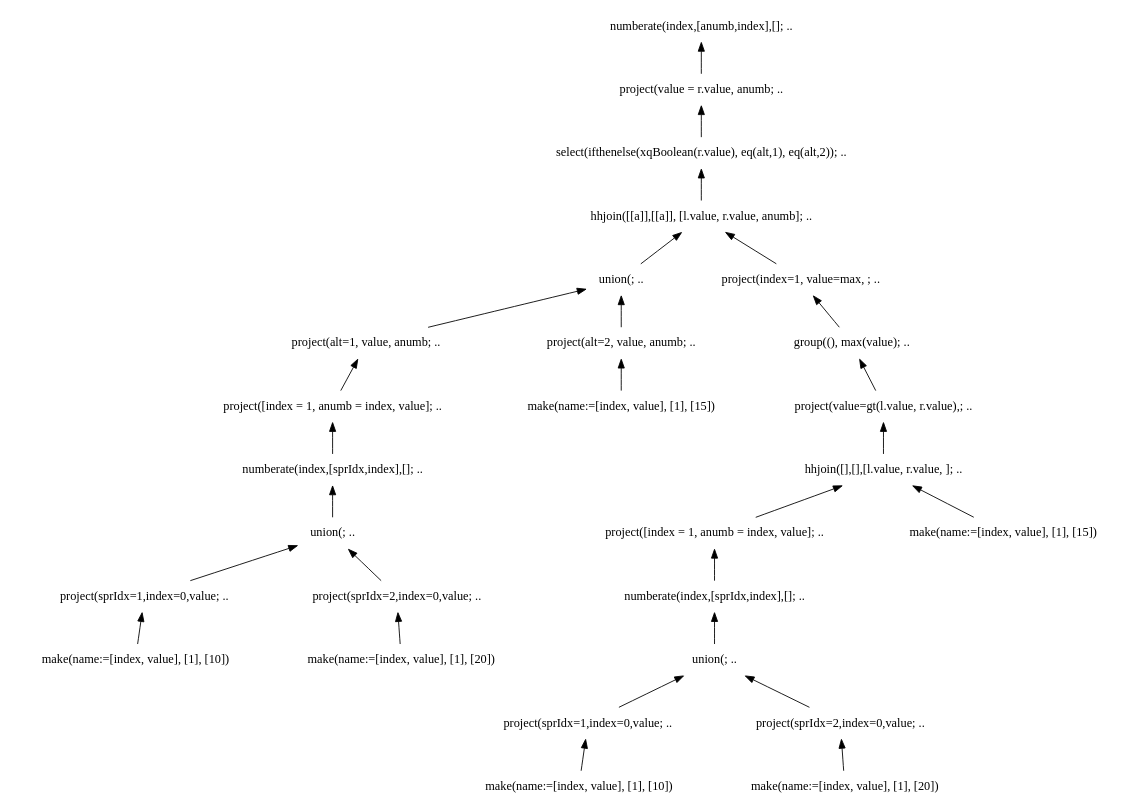
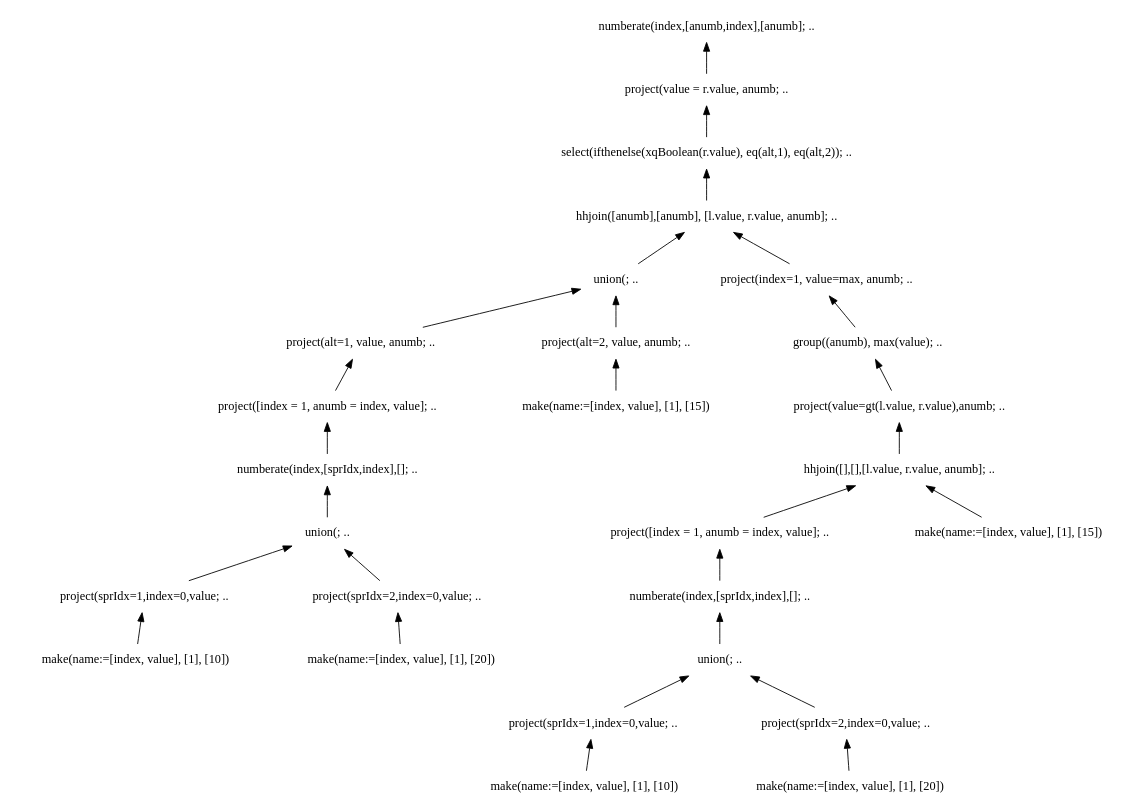
One commit to andrerav/xqft-parser changed the diagram in doc/img/graphs/td_impl_flwor_ifthenelse.xq_relalg.dot. Above: the diagram before and after it, drawn with Graphviz. The commit also changed 5 other files, not shown here.

```diff
--- a/doc/img/graphs/td_impl_flwor_ifthenelse.xq_relalg.dot
+++ b/doc/img/graphs/td_impl_flwor_ifthenelse.xq_relalg.dot
@@ -1,58 +1,58 @@
 digraph AST {
 edge [color=black, dir=both, weight=1, fontcolor=black, arrowhead=none, arrowtail=normal]
 node [shape=plaintext]
   numberate1 -> project2
     project2 -> select3
       select3 -> hhjoin4
         hhjoin4 -> union5
           union5 -> project6
             project6 -> project7
               project7 -> numberate8
                 numberate8 -> union9
                   union9 -> project10
                     project10 -> make11
 make11 [label="make(name:=[index, value], [1], [10])"]
 project10 [label="project(sprIdx=1,index=0,value; .."]
                     union9 -> project12
                       project12 -> make13
 make13 [label="make(name:=[index, value], [1], [20])"]
 project12 [label="project(sprIdx=2,index=0,value; .."]
 union9 [label="union(; .."]
 numberate8 [label="numberate(index,[sprIdx,index],[]; .."]
 project7 [label="project([index = 1, anumb = index, value]; .."]
 project6 [label="project(alt=1, value, anumb; .."]
             union5 -> project14
               project14 -> make15
 make15 [label="make(name:=[index, value], [1], [15])"]
 project14 [label="project(alt=2, value, anumb; .."]
 union5 [label="union(; .."]
           hhjoin4 -> project16
             project16 -> group17
               group17 -> project18
                 project18 -> hhjoin19
                   hhjoin19 -> project20
                     project20 -> numberate21
                       numberate21 -> union22
                         union22 -> project23
                           project23 -> make24
 make24 [label="make(name:=[index, value], [1], [10])"]
 project23 [label="project(sprIdx=1,index=0,value; .."]
                           union22 -> project25
                             project25 -> make26
 make26 [label="make(name:=[index, value], [1], [20])"]
 project25 [label="project(sprIdx=2,index=0,value; .."]
 union22 [label="union(; .."]
 numberate21 [label="numberate(index,[sprIdx,index],[]; .."]
 project20 [label="project([index = 1, anumb = index, value]; .."]
                     hhjoin19 -> make27
 make27 [label="make(name:=[index, value], [1], [15])"]
-hhjoin19 [label="hhjoin([],[],[l.value, r.value, ]; .."]
-project18 [label="project(value=gt(l.value, r.value),; .."]
-group17 [label="group((), max(value); .."]
-project16 [label="project(index=1, value=max, ; .."]
-hhjoin4 [label="hhjoin([[a]],[[a]], [l.value, r.value, anumb]; .."]
+hhjoin19 [label="hhjoin([],[],[l.value, r.value, anumb]; .."]
+project18 [label="project(value=gt(l.value, r.value),anumb; .."]
+group17 [label="group((anumb), max(value); .."]
+project16 [label="project(index=1, value=max, anumb; .."]
+hhjoin4 [label="hhjoin([anumb],[anumb], [l.value, r.value, anumb]; .."]
 select3 [label="select(ifthenelse(xqBoolean(r.value), eq(alt,1), eq(alt,2)); .."]
 project2 [label="project(value = r.value, anumb; .."]
-numberate1 [label="numberate(index,[anumb,index],[]; .."]
+numberate1 [label="numberate(index,[anumb,index],[anumb]; .."]
 
 }
```
